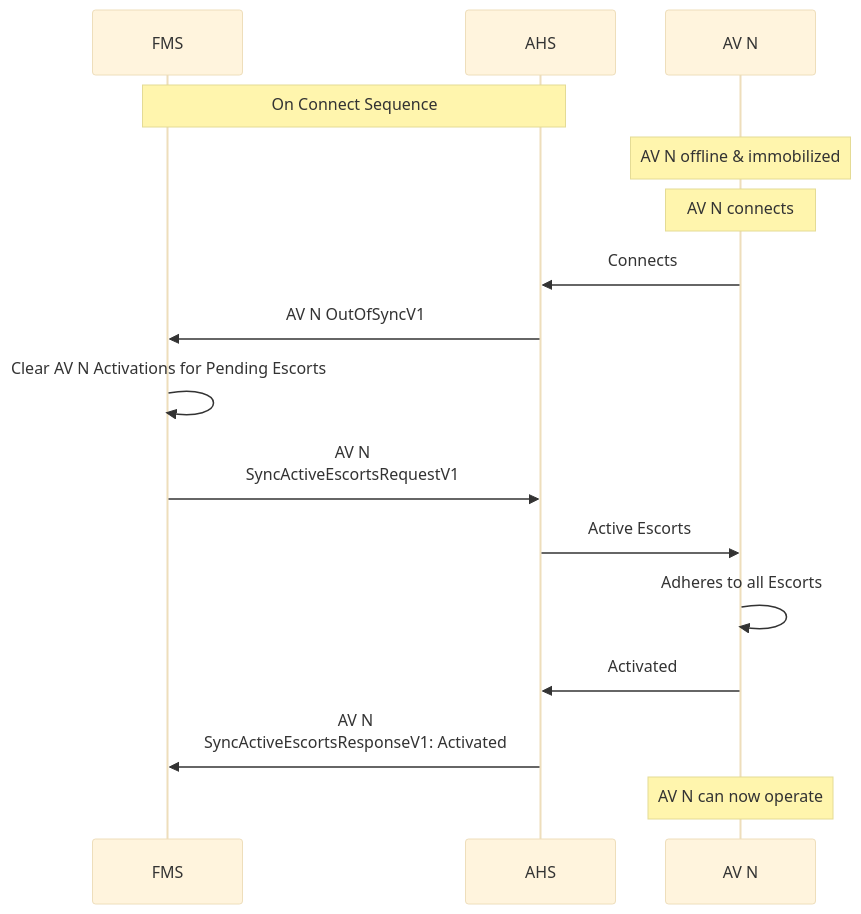
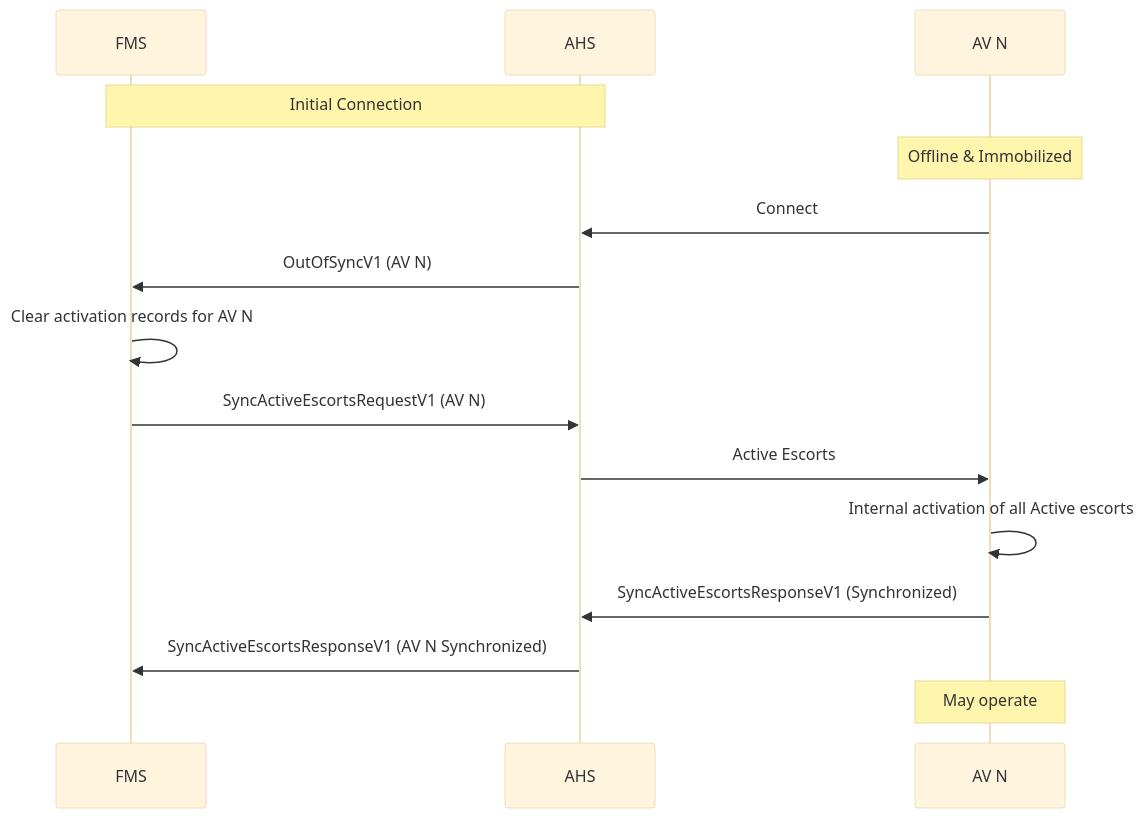
One commit to guri381/escort changed the first of 3 diagrams in diagram/Synchronization.md. Above: the diagram before and after it, drawn with Mermaid (base theme). The commit also changed other lines of this file, not shown here.

````diff
--- a/diagram/Synchronization.md
+++ b/diagram/Synchronization.md
@@ -13,25 +43,19 @@
 ```mermaid
 sequenceDiagram
     participant FMS
     participant AHS
-    participant AV N
+    participant AV_N as AV N
 
-    Note over FMS, AHS: On Connect Sequence
-    Note over AV N: AV N offline & immobilized
+    Note over FMS,AHS: Initial Connection
+    Note over AV_N: Offline & Immobilized
 
-    Note Over AV N: AV N connects
-
-    AV N->>AHS: Connects
-
-    AHS->>FMS: AV N OutOfSyncV1
-    FMS->>FMS: Clear AV N Activations for Pending Escorts
-
-    FMS->>AHS: AV N <br/> SyncActiveEscortsRequestV1
-    AHS->>AV N: Active Escorts
-    AV N->>AV N: Adheres to all Escorts
-    AV N->>AHS: Activated
-
-    AHS->>FMS: AV N <br/> SyncActiveEscortsResponseV1: Activated
-
-    Note Over AV N: AV N can now operate
+    AV_N->>AHS: Connect
+    AHS->>FMS: OutOfSyncV1 (AV N)
+    FMS->>FMS: Clear activation records for AV N
+    FMS->>AHS: SyncActiveEscortsRequestV1 (AV N)
+    AHS->>AV_N: Active Escorts
+    AV_N->>AV_N: Internal activation of all Active escorts
+    AV_N->>AHS: SyncActiveEscortsResponseV1 (Synchronized)
+    AHS->>FMS: SyncActiveEscortsResponseV1 (AV N Synchronized)
+    Note over AV_N: May operate
 ```
````
